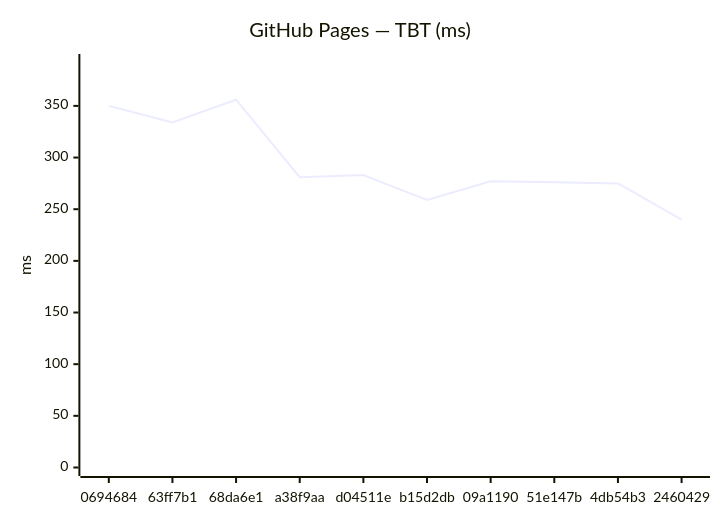
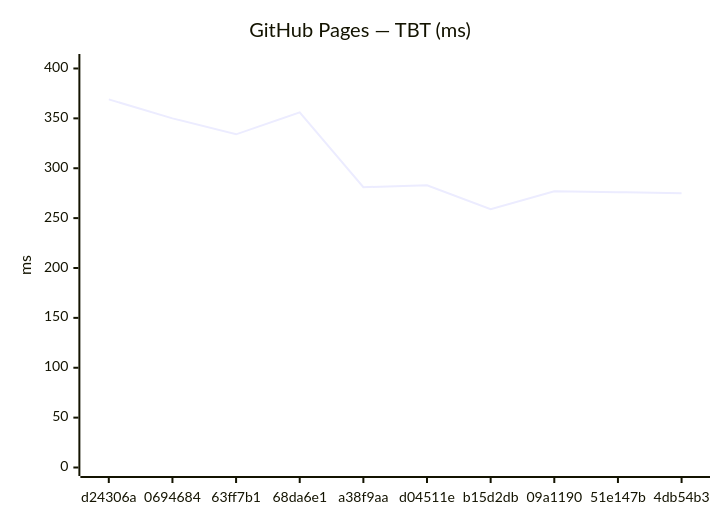
Before and after one commit to Metaheurist/Rianell: the fourth of 18 diagrams in benchmarks/compare.md, drawn with Mermaid. The commit also changed other lines of this file and 11 other files, not shown here.

````diff
--- a/benchmarks/compare.md
+++ b/benchmarks/compare.md
@@ -61,7 +61,7 @@
 ```mermaid
 xychart-beta
     title "GitHub Pages — TBT (ms)"
-    x-axis ["0694684", "63ff7b1", "68da6e1", "a38f9aa", "d04511e", "b15d2db", "09a1190", "51e147b", "4db54b3", "2460429"]
-    y-axis "ms" 0 --> 392
-    line [350, 334, 356, 281, 283, 259, 277, 276, 275, 240]
+    x-axis ["d24306a", "0694684", "63ff7b1", "68da6e1", "a38f9aa", "d04511e", "b15d2db", "09a1190", "51e147b", "4db54b3"]
+    y-axis "ms" 0 --> 406
+    line [369, 350, 334, 356, 281, 283, 259, 277, 276, 275]
 ```
````
